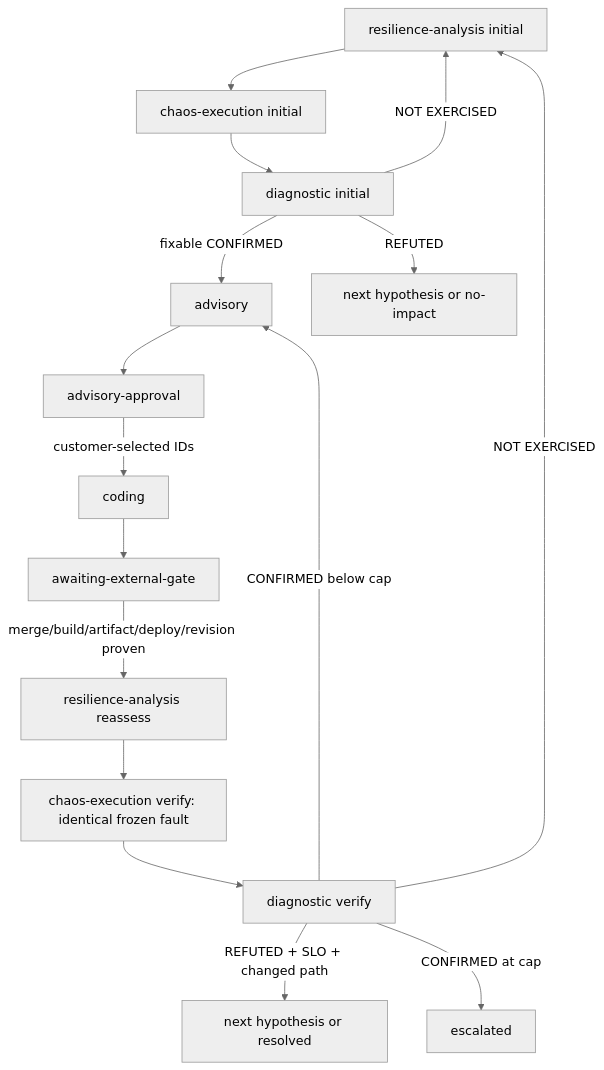
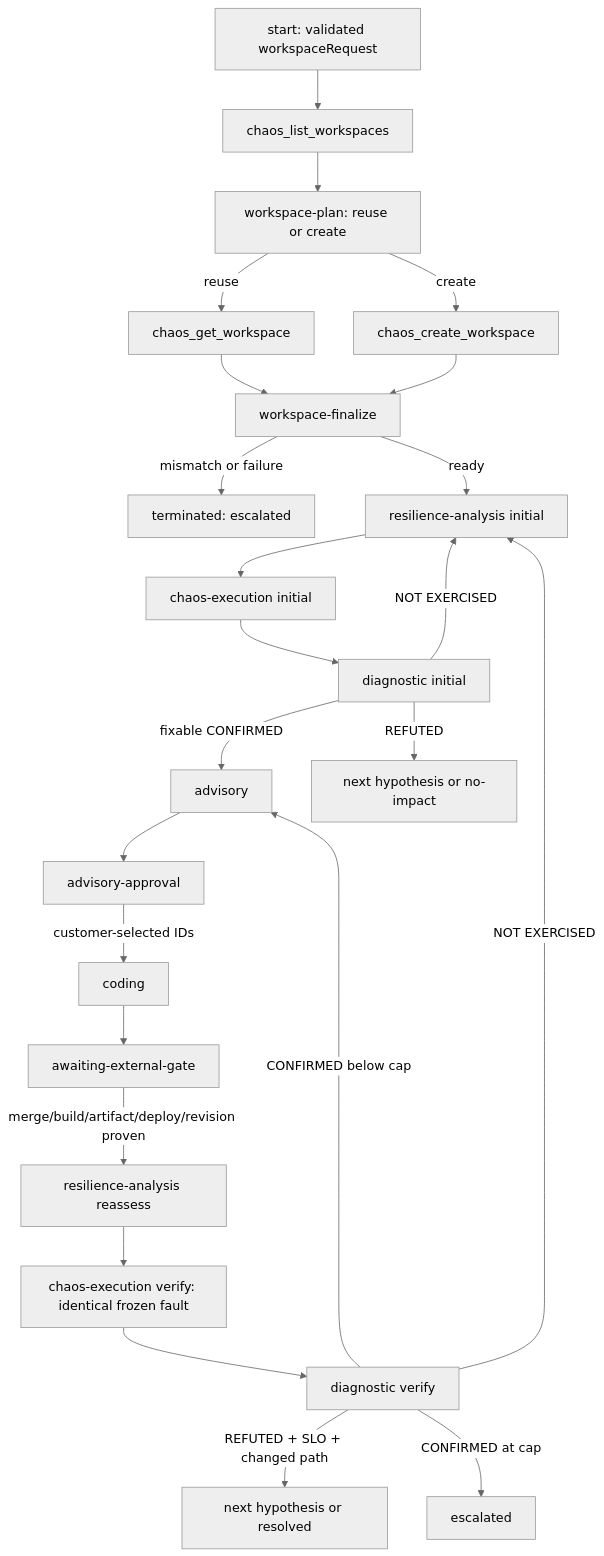
One commit to RenzoPrettoMS/chaos-studio changed the diagram in copilot-cli-plugin/docs/chaos-loop.md. Above: the diagram before and after it, drawn with Mermaid (neutral theme). The commit also changed other lines of this file and 24 other files, not shown here.

First line of the commit message:
feat(chaos-loop): ensure compatible workspace preflight

````diff
--- a/copilot-cli-plugin/docs/chaos-loop.md
+++ b/copilot-cli-plugin/docs/chaos-loop.md
@@ -187,18 +251,26 @@
 ```mermaid
 flowchart TD
-  A[resilience-analysis initial] --> E[chaos-execution initial]
+  W0[start: validated workspaceRequest] --> W1[chaos_list_workspaces]
+  W1 --> W2[workspace-plan: reuse or create]
+  W2 -->|reuse| W3[chaos_get_workspace]
+  W2 -->|create| W4[chaos_create_workspace]
+  W3 --> W5[workspace-finalize]
+  W4 --> W5
+  W5 -->|mismatch or failure| WF[terminated: escalated]
+  W5 -->|ready| A[resilience-analysis initial]
+  A --> E[chaos-execution initial]
   E --> D[diagnostic initial]
   D -->|fixable CONFIRMED| V[advisory]
   D -->|REFUTED| N[next hypothesis or no-impact]
   D -->|NOT EXERCISED| A
   V --> AP[advisory-approval]
   AP -->|customer-selected IDs| C[coding]
   C --> G[awaiting-external-gate]
   G -->|merge/build/artifact/deploy/revision proven| R[resilience-analysis reassess]
   R --> X[chaos-execution verify: identical frozen fault]
   X --> Q[diagnostic verify]
   Q -->|REFUTED + SLO + changed path| Z[next hypothesis or resolved]
   Q -->|CONFIRMED below cap| V
   Q -->|CONFIRMED at cap| ESC[escalated]
   Q -->|NOT EXERCISED| A
 ```
````
